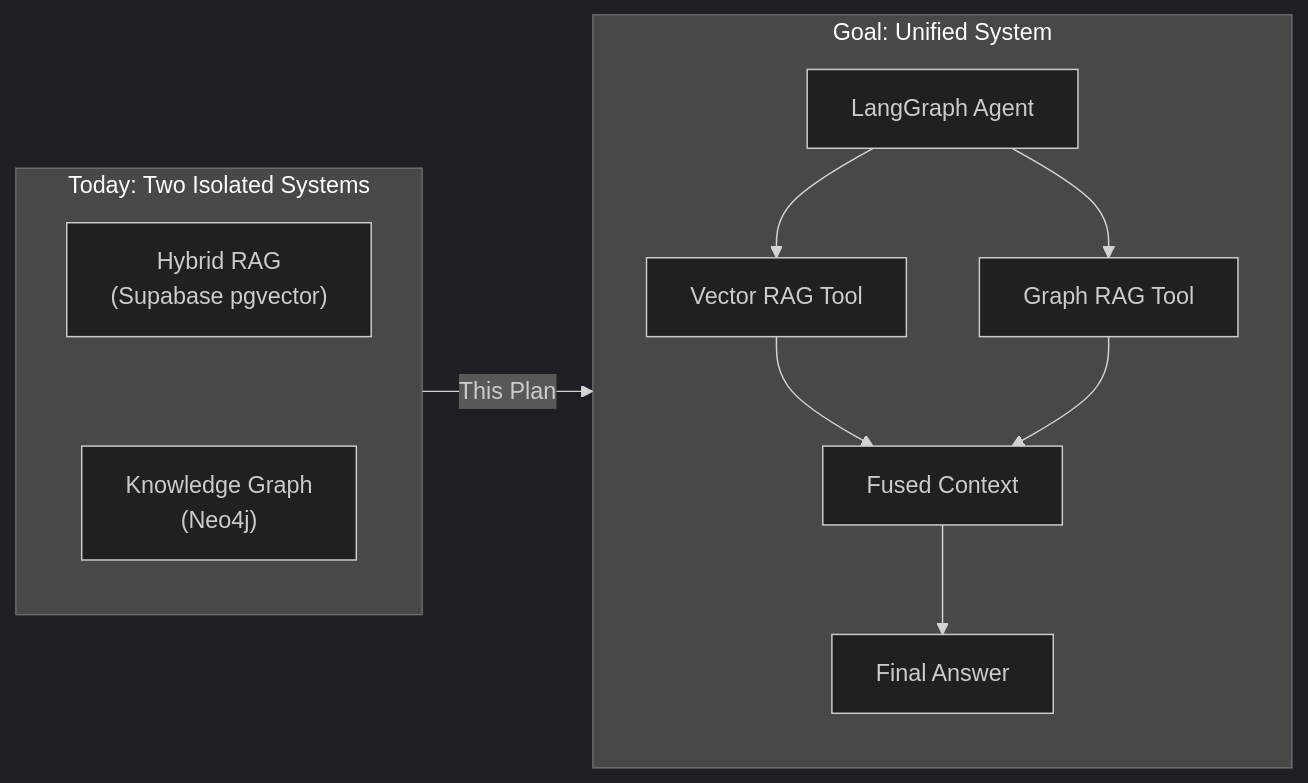
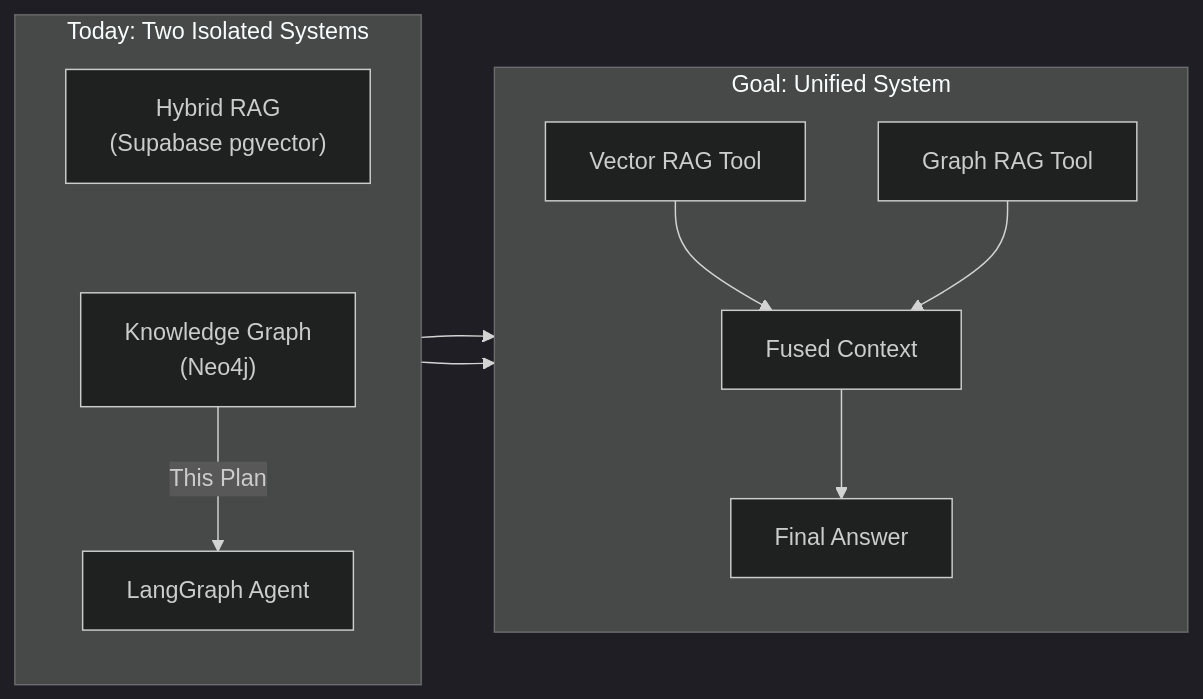
Before and after one commit to pranavkalal/crdc-graphrag: the first of 5 diagrams in docs/GRAPHRAG_INTEGRATION_PLAN.md, drawn with Mermaid (dark theme). The commit also changed other lines of this file and 7 other files, not shown here.

Commit message:
feat: implement LangGraph RAG agent with modular intent classification, graph/vector retrieval, and context assembly nodes

````diff
--- a/docs/GRAPHRAG_INTEGRATION_PLAN.md
+++ b/docs/GRAPHRAG_INTEGRATION_PLAN.md
@@ -53,23 +53,22 @@
 ```mermaid
 flowchart LR
     subgraph TODAY["Today: Two Isolated Systems"]
         direction TB
         A["Hybrid RAG<br/>(Supabase pgvector)"]
         B["Knowledge Graph<br/>(Neo4j)"]
         A ~~~ B
+    B -->|"This Plan"| C
     end
     
     subgraph GOAL["Goal: Unified System"]
         direction TB
         C["LangGraph Agent"]
         D["Vector RAG Tool"]
         E["Graph RAG Tool"]
         C --> D
         C --> E
         D --> F["Fused Context"]
         E --> F
         F --> G["Final Answer"]
     end
-    
-    TODAY -->|"This Plan"| GOAL
 ```
````
